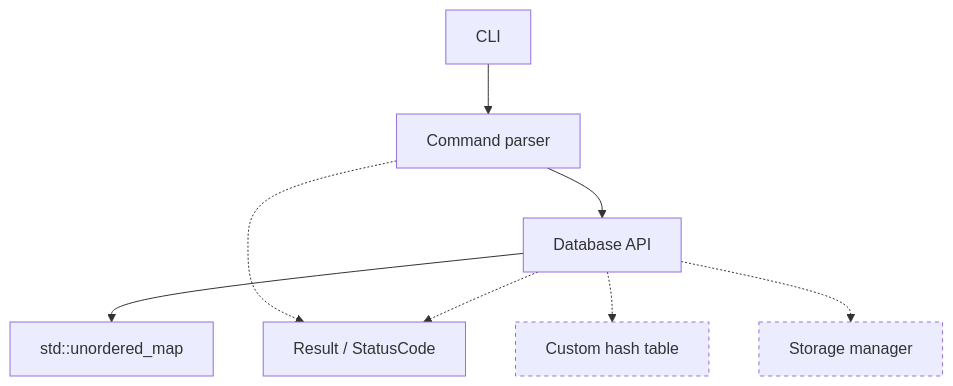
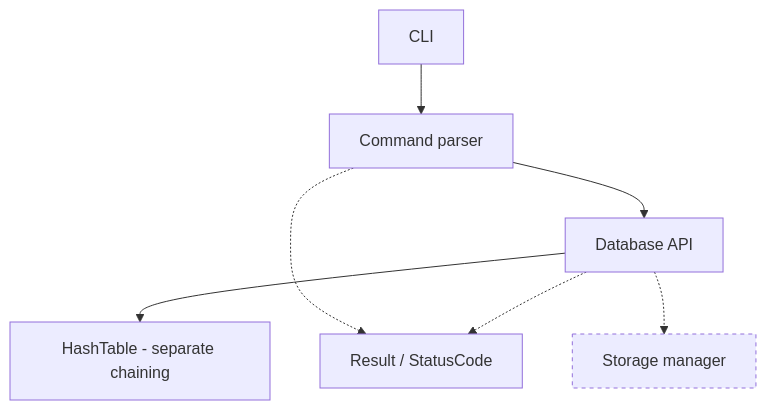
One commit to Aarya801/MiniDB changed the diagram in README.md. Above: the diagram before and after it, drawn with Mermaid. The commit also changed other lines of this file and 9 other files, not shown here.

Commit message:
feat: implement custom hash table

````diff
--- a/README.md
+++ b/README.md
@@ -127,16 +127,14 @@
 ```mermaid
 flowchart TD
     CLI[CLI] --> Parser[Command parser]
     Parser --> Database[Database API]
-    Database --> Map[std::unordered_map]
+    Database --> HashTable[HashTable - separate chaining]
 
     Parser -.-> Result[Result / StatusCode]
     Database -.-> Result
 
-    HashTable[Custom hash table]:::planned
     Storage[Storage manager]:::planned
-    Database -.-> HashTable
     Database -.-> Storage
 
     classDef planned stroke-dasharray: 4 4
 ```
````
